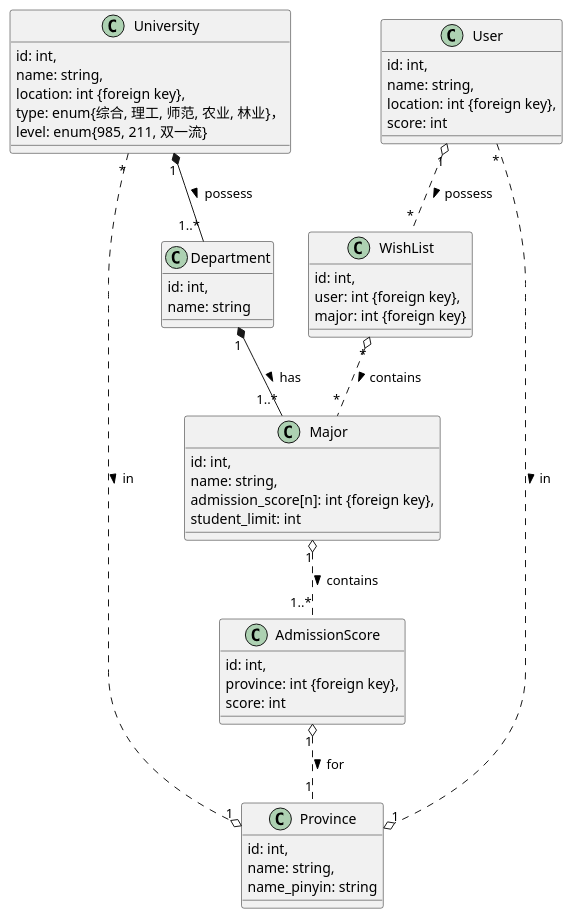
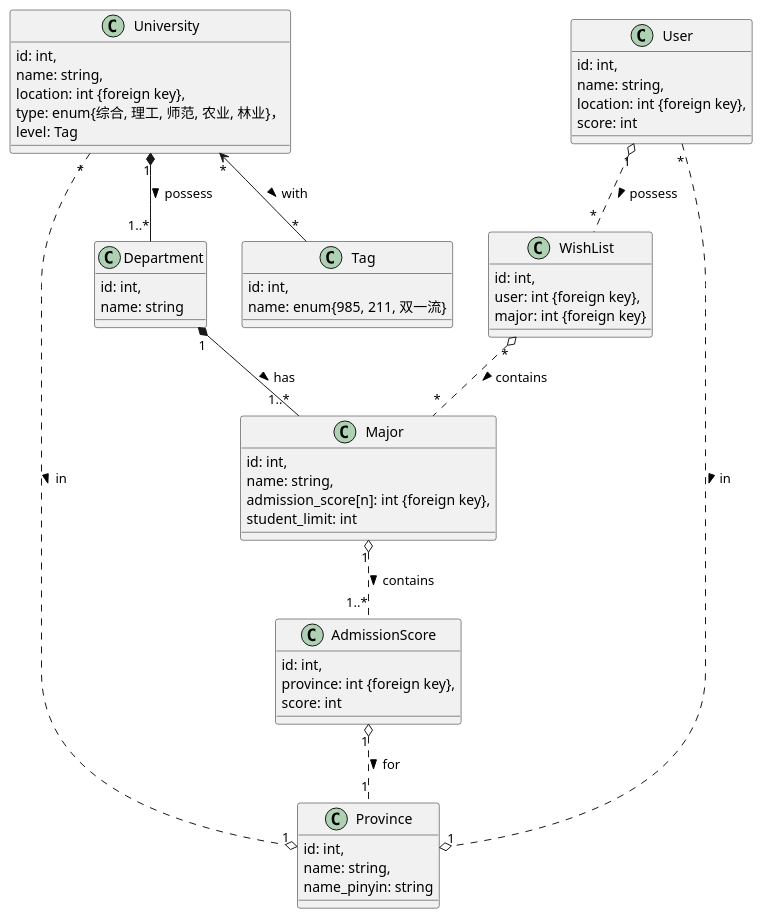
One commit to Clemence-jzq/GaoKao changed the diagram in UML.pu. Above: the diagram before and after it, drawn with PlantUML.

Commit message:
update UML
更新大学的标签，新增Tag类，表示985，211或双一流

```diff
--- a/UML.pu
+++ b/UML.pu
@@ -1,59 +1,65 @@
 @startuml gaokao
 
 class Province {
     id: int,
     name: string,
     name_pinyin: string
 }
 
 class University{
     id: int,
     name: string,
     location: int {foreign key},
     type: enum{综合, 理工, 师范, 农业, 林业}，
-    level: enum{985, 211, 双一流}
+    level: Tag
+}
+
+class Tag{
+    id: int,
+    name: enum{985, 211, 双一流}
 }
 
 class Department{
     id: int,
     name: string
 }
 
 class Major{
     id: int,
     name: string,
     admission_score[n]: int {foreign key},
     student_limit: int
 }
 
 class AdmissionScore{
     id: int,
     province: int {foreign key},
     score: int
 }
 
 class User{
     id: int,
     name: string,
     location: int {foreign key},
     score: int
 }
 
 class WishList{
     id: int,
     user: int {foreign key},
     major: int {foreign key}
 }
 
 
 
 University "1" *-- "1..*" Department : possess >
+University "*" <-- "*" Tag : with >
 Department "1" *-- "1..*" Major : has >
 Major "1" o.. "1..*" AdmissionScore : contains >
 AdmissionScore "1" o.. "1" Province : for >
 University "*" ..o "1" Province : in >
 User "*" ..o "1" Province : in >
 User "1" o.. "*" WishList : possess >
 WishList "*" o.. "*" Major : contains >
 
 @enduml
```
